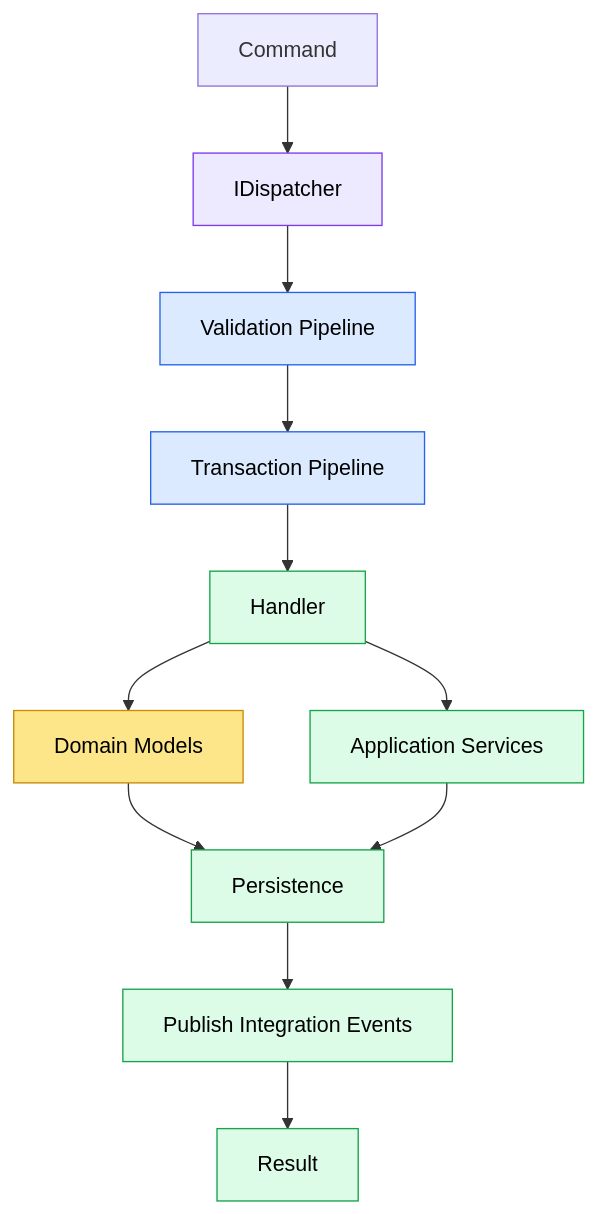
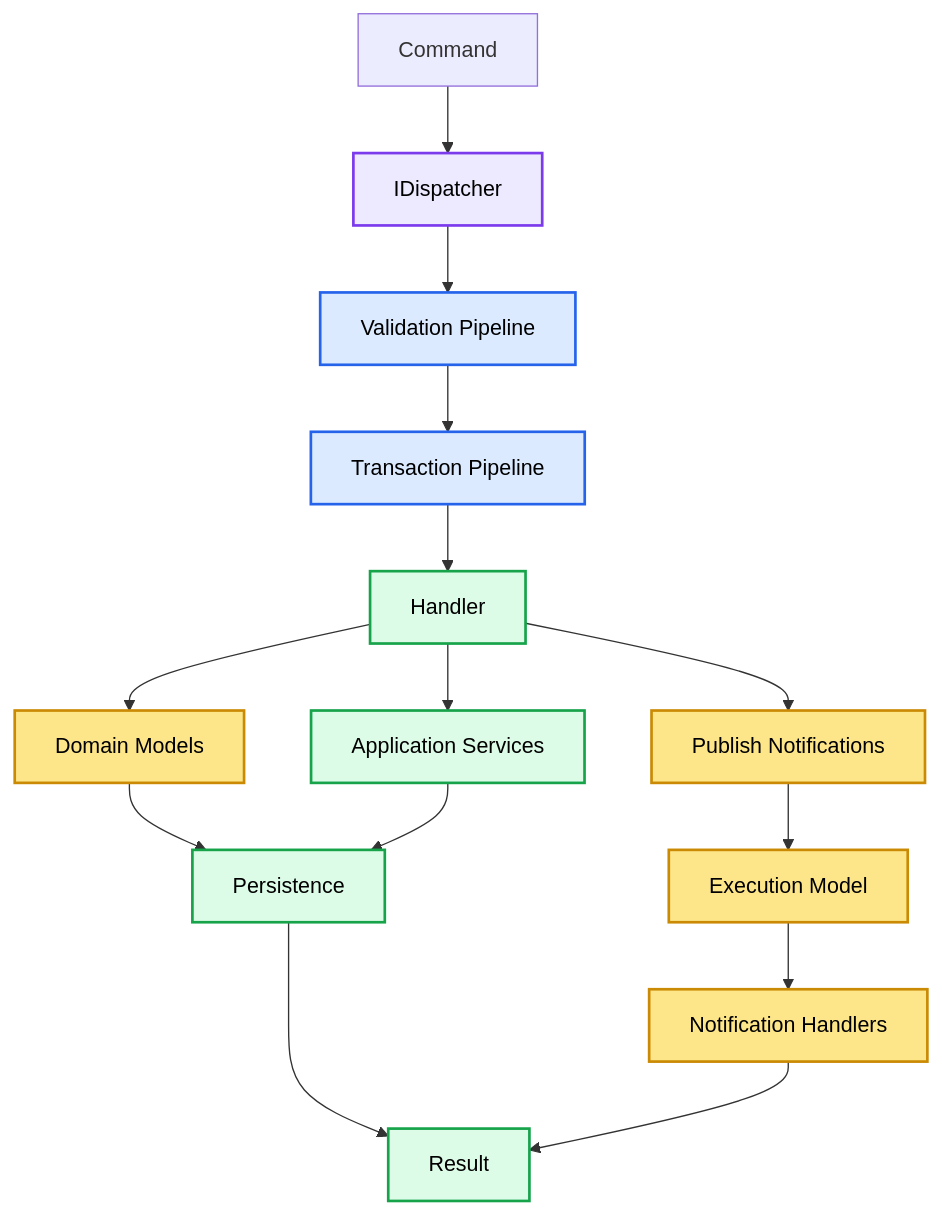
Before and after one commit to soufiane-rizk/Jobwize: the diagram in docs/architecture/11-application-layer-and-use-case.md, drawn with Mermaid. The commit also changed other lines of this file and 10 other files, not shown here.

Commit message:
docs(architecture): document the new runtime architecture

````diff
--- a/docs/architecture/11-application-layer-and-use-case.md
+++ b/docs/architecture/11-application-layer-and-use-case.md
@@ -49,47 +49,57 @@
 ```mermaid
 flowchart TD
 
     REQUEST["Command"]
 
     DISPATCHER["IDispatcher"]
 
     VALIDATION["Validation Pipeline"]
 
     TRANSACTION["Transaction Pipeline"]
 
     HANDLER["Handler"]
 
     SERVICES["Application Services"]
 
     DOMAIN["Domain Models"]
 
     PERSISTENCE["Persistence"]
 
-    EVENTS["Publish Integration Events"]
+    NOTIFICATIONS["Publish Notifications"]
+
+    EXECUTION["Execution Model"]
+
+    NHANDLERS["Notification Handlers"]
 
     RESULT["Result"]
 
     REQUEST --> DISPATCHER
     DISPATCHER --> VALIDATION
     VALIDATION --> TRANSACTION
     TRANSACTION --> HANDLER
 
     HANDLER --> DOMAIN
     HANDLER --> SERVICES
 
     DOMAIN --> PERSISTENCE
     SERVICES --> PERSISTENCE
 
-    PERSISTENCE --> EVENTS
-    EVENTS --> RESULT
+    HANDLER --> NOTIFICATIONS
+    NOTIFICATIONS --> EXECUTION
+    EXECUTION --> NHANDLERS
 
-    classDef dispatcher fill:#ede9fe,stroke:#7c3aed,color:#000;
-    classDef pipeline fill:#dbeafe,stroke:#2563eb,color:#000;
-    classDef application fill:#dcfce7,stroke:#16a34a,color:#000;
-    classDef domain fill:#fde68a,stroke:#ca8a04,color:#000;
+    PERSISTENCE --> RESULT
+    NHANDLERS --> RESULT
+
+    classDef dispatcher fill:#ede9fe,stroke:#7c3aed,color:#000,stroke-width:2px;
+    classDef pipeline fill:#dbeafe,stroke:#2563eb,color:#000,stroke-width:2px;
+    classDef application fill:#dcfce7,stroke:#16a34a,color:#000,stroke-width:2px;
+    classDef domain fill:#fde68a,stroke:#ca8a04,color:#000,stroke-width:2px;
+    classDef runtime fill:#fde68a,stroke:#ca8a04,color:#000,stroke-width:2px;
 
     class DISPATCHER dispatcher;
     class VALIDATION,TRANSACTION pipeline;
-    class HANDLER,SERVICES,PERSISTENCE,EVENTS,RESULT application;
+    class HANDLER,SERVICES,PERSISTENCE,RESULT application;
     class DOMAIN domain;
+    class NOTIFICATIONS,EXECUTION,NHANDLERS runtime;
 ```
````
